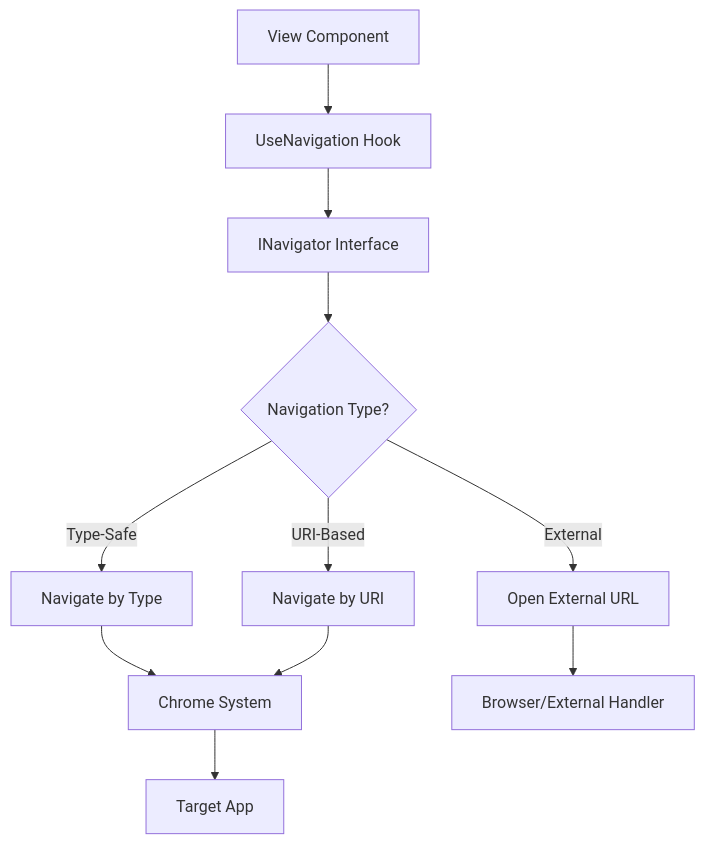
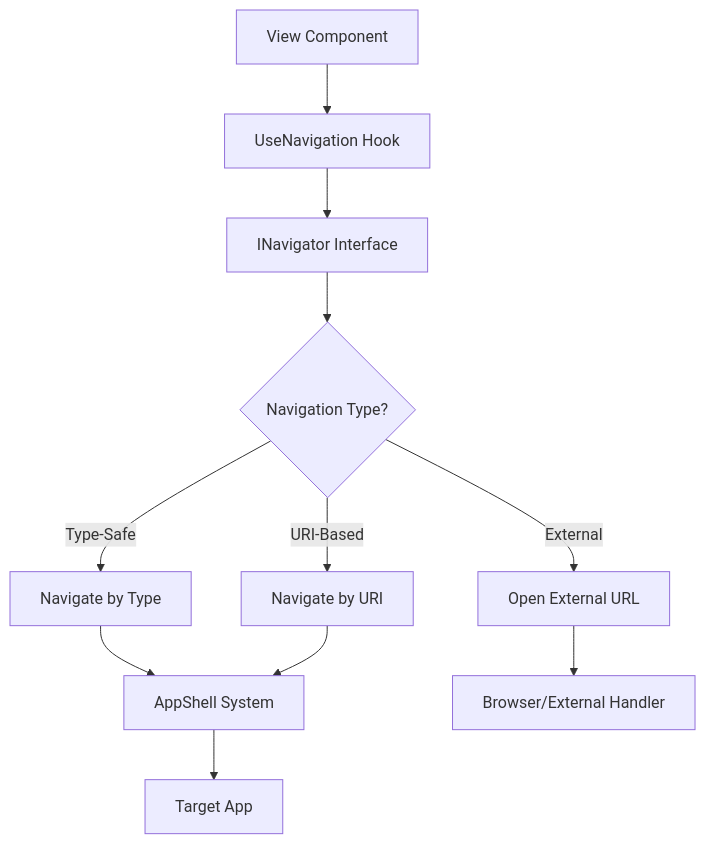
Before and after one commit to Klako/Ivy-Framework: the first of 2 diagrams in src/Ivy.Docs.Shared/Docs/01_Onboarding/02_Concepts/09_Navigation.md, drawn with Mermaid. The commit also changed other lines of this file and 38 other files, not shown here.

First line of the commit message:
Refactor: Rename Chrome to AppShell (#2756)

````diff
--- a/src/Ivy.Docs.Shared/Docs/01_Onboarding/02_Concepts/09_Navigation.md
+++ b/src/Ivy.Docs.Shared/Docs/01_Onboarding/02_Concepts/09_Navigation.md
@@ -37,13 +37,13 @@
 ```mermaid
 flowchart TD
     A[View Component] --> B[UseNavigation Hook]
     B --> C[INavigator Interface]
     C --> D{Navigation Type?}
     D -->|Type-Safe| E[Navigate by Type]
     D -->|URI-Based| F[Navigate by URI]
     D -->|External| G[Open External URL]
-    E --> H[Chrome System]
+    E --> H[AppShell System]
     F --> H
     G --> I[Browser/External Handler]
     H --> J[Target App]
 ```
````
